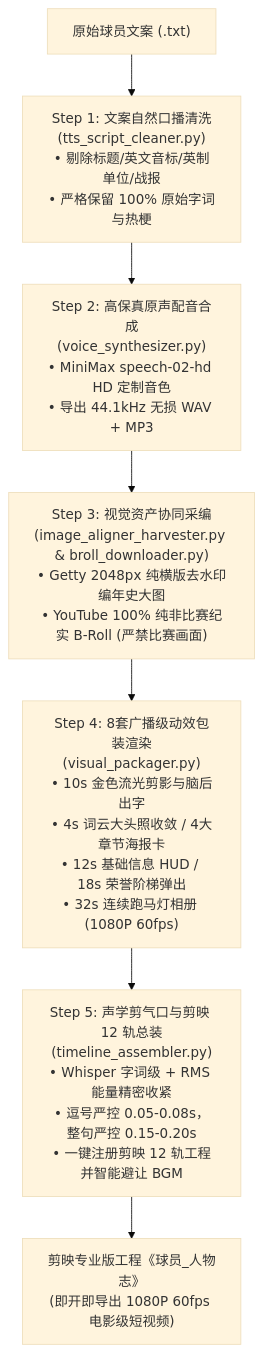
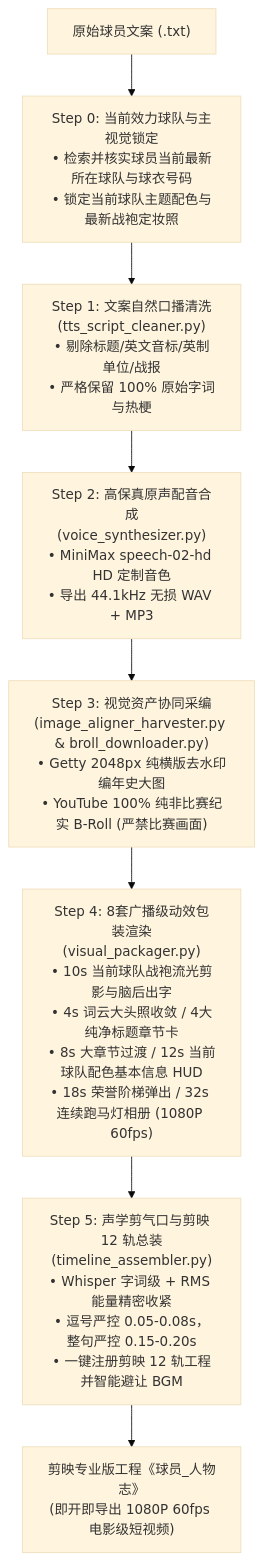
The diagram in SKILL.md (YoungG97/nba-auto-player), drawn with Mermaid (base theme) before and after one commit. The commit also changed other lines of this file and 2 other files, not shown here.

Commit message:
feat: add Step 0 current team lookup & enforce strict motion graphics packaging standards

````diff
--- a/SKILL.md
+++ b/SKILL.md
@@ -17,9 +17,10 @@
 ```mermaid
 flowchart TD
-    Raw["原始球员文案 (.txt)"] --> S1["Step 1: 文案自然口播清洗<br/>(tts_script_cleaner.py)<br/>• 剔除标题/英文音标/英制单位/战报<br/>• 严格保留 100% 原始字词与热梗"]
+    Raw["原始球员文案 (.txt)"] --> S0["Step 0: 当前效力球队与主视觉锁定<br/>• 检索并核实球员当前最新所在球队与球衣号码<br/>• 锁定当前球队主题配色与最新战袍定妆照"]
+    S0 --> S1["Step 1: 文案自然口播清洗<br/>(tts_script_cleaner.py)<br/>• 剔除标题/英文音标/英制单位/战报<br/>• 严格保留 100% 原始字词与热梗"]
     S1 --> S2["Step 2: 高保真原声配音合成<br/>(voice_synthesizer.py)<br/>• MiniMax speech-02-hd HD 定制音色<br/>• 导出 44.1kHz 无损 WAV + MP3"]
     S2 --> S3["Step 3: 视觉资产协同采编<br/>(image_aligner_harvester.py & broll_downloader.py)<br/>• Getty 2048px 纯横版去水印编年史大图<br/>• YouTube 100% 纯非比赛纪实 B-Roll (严禁比赛画面)"]
-    S3 --> S4["Step 4: 8套广播级动效包装渲染<br/>(visual_packager.py)<br/>• 10s 金色流光剪影与脑后出字<br/>• 4s 词云大头照收敛 / 4大章节海报卡<br/>• 12s 基础信息 HUD / 18s 荣誉阶梯弹出<br/>• 32s 连续跑马灯相册 (1080P 60fps)"]
+    S3 --> S4["Step 4: 8套广播级动效包装渲染<br/>(visual_packager.py)<br/>• 10s 当前球队战袍流光剪影与脑后出字<br/>• 4s 词云大头照收敛 / 4大纯净标题章节卡<br/>• 8s 大章节过渡 / 12s 当前球队配色基本信息 HUD<br/>• 18s 荣誉阶梯弹出 / 32s 连续跑马灯相册 (1080P 60fps)"]
     S4 --> S5["Step 5: 声学剪气口与剪映 12 轨总装<br/>(timeline_assembler.py)<br/>• Whisper 字词级 + RMS 能量精密收紧<br/>• 逗号严控 0.05-0.08s，整句严控 0.15-0.20s<br/>• 一键注册剪映 12 轨工程并智能避让 BGM"]
     S5 --> Final["剪映专业版工程《球员_人物志》<br/>(即开即导出 1080P 60fps 电影级短视频)"]
 ```
````
